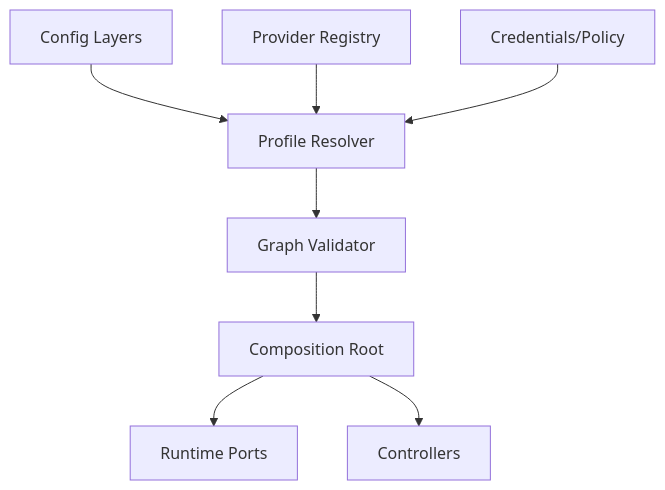
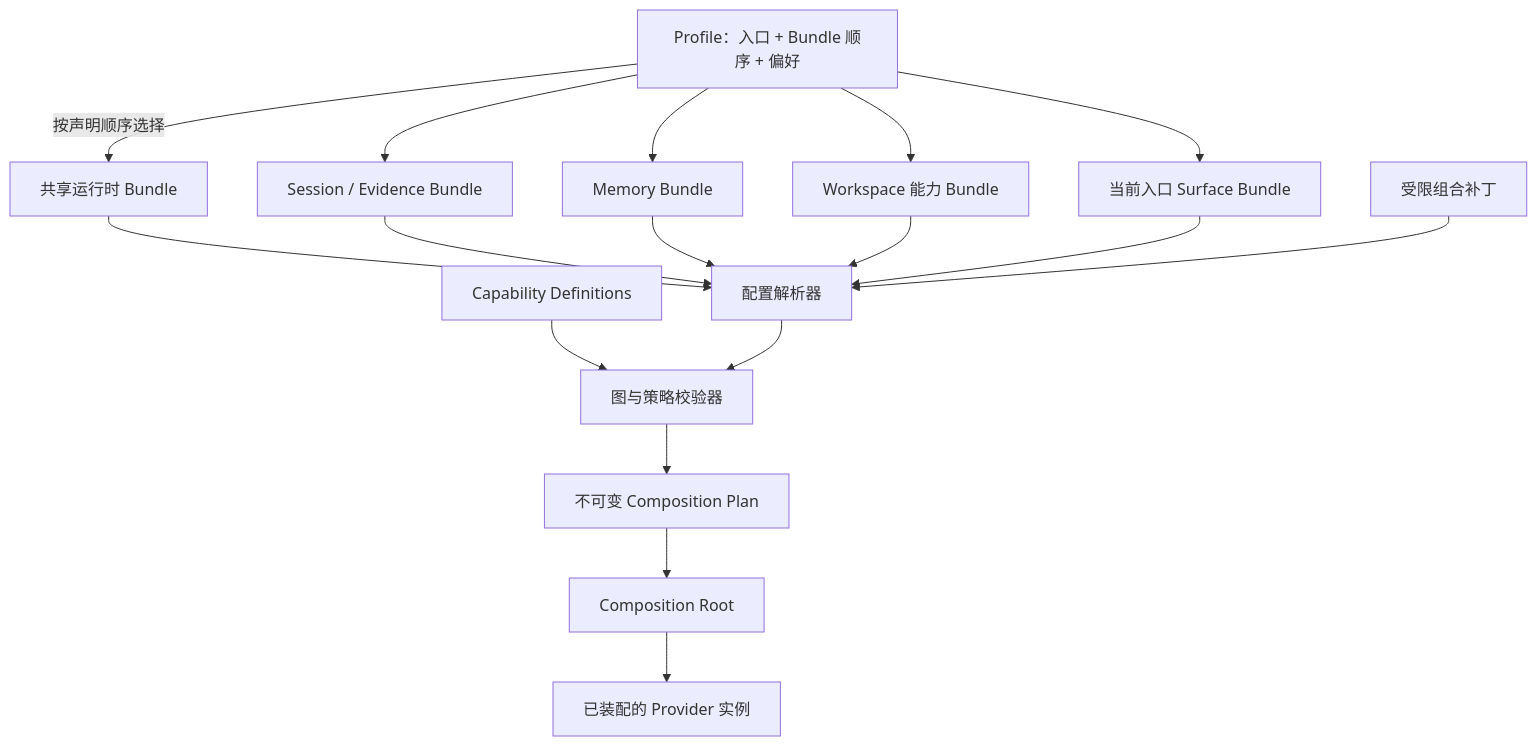
The second of 3 diagrams in docs/outlive-agent-v2/01-system-architecture/04-profiles-composition.md (Cainheart/tracegraph-agent), drawn with Mermaid before and after one commit. The commit also changed other lines of this file and 35 other files, not shown here.

First line of the commit message:
docs(architecture): 以 Agent Runtime 与 Session/Evidence 取代三平面模型

````diff
--- a/docs/outlive-agent-v2/01-system-architecture/04-profiles-composition.md
+++ b/docs/outlive-agent-v2/01-system-architecture/04-profiles-composition.md
@@ -15,10 +93,30 @@
 ```mermaid
 flowchart TB
-  CFG[Config Layers] --> PR[Profile Resolver]
-  REG[Provider Registry] --> PR
-  SEC[Credentials/Policy] --> PR
-  PR --> V[Graph Validator]
-  V --> CR[Composition Root]
-  CR --> RT[Runtime Ports]
-  CR --> CT[Controllers]
+  PROFILE[Profile：入口 + Bundle 顺序 + 偏好]
+  B1[共享运行时 Bundle]
+  B2[Session / Evidence Bundle]
+  B3[Memory Bundle]
+  B4[Workspace 能力 Bundle]
+  BS[当前入口 Surface Bundle]
+  PATCH[受限组合补丁]
+  DEFS[Capability Definitions]
+  RESOLVER[配置解析器]
+  VALIDATOR[图与策略校验器]
+  PLAN[不可变 Composition Plan]
+  ROOT[Composition Root]
+  INST[已装配的 Provider 实例]
+
+  PROFILE -->|按声明顺序选择| B1
+  PROFILE --> B2
+  PROFILE --> B3
+  PROFILE --> B4
+  PROFILE --> BS
+  B1 --> RESOLVER
+  B2 --> RESOLVER
+  B3 --> RESOLVER
+  B4 --> RESOLVER
+  BS --> RESOLVER
+  PATCH --> RESOLVER
+  DEFS --> VALIDATOR
+  RESOLVER --> VALIDATOR --> PLAN --> ROOT --> INST
 ```
````
